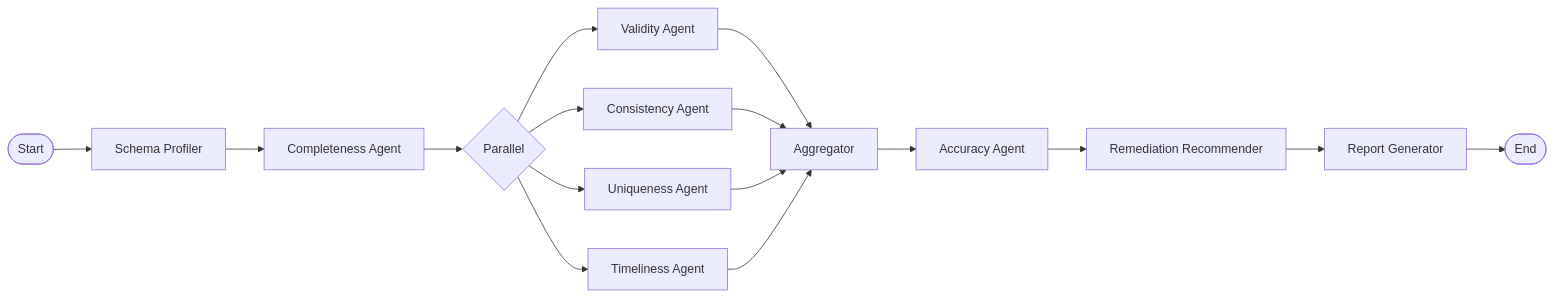
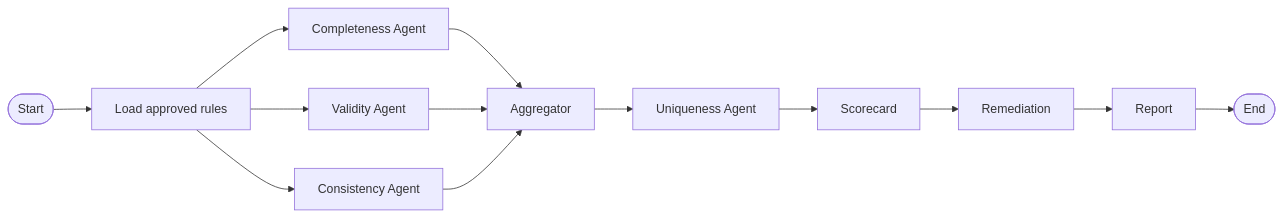
Before and after one commit to Lookieman/agentdq: the fourth of 6 diagrams in docs/agentdq-project-plan.md, drawn with Mermaid. The commit also changed other lines of this file and 22 other files, not shown here.

````diff
--- a/docs/agentdq-project-plan.md
+++ b/docs/agentdq-project-plan.md
@@ -917,18 +1043,15 @@
 ```mermaid
 graph LR
-    START([Start]) --> SP[Schema Profiler]
-    SP --> COMP[Completeness Agent]
-    COMP --> PARALLEL_START{Parallel}
-    PARALLEL_START --> VAL[Validity Agent]
-    PARALLEL_START --> CON[Consistency Agent]
-    PARALLEL_START --> UNQ[Uniqueness Agent]
-    PARALLEL_START --> TIM[Timeliness Agent]
-    VAL --> AGG[Aggregator]
+    START([Start]) --> LOAD[Load approved rules]
+    LOAD --> COMP[Completeness Agent]
+    LOAD --> VAL[Validity Agent]
+    LOAD --> CON[Consistency Agent]
+    COMP --> AGG[Aggregator]
+    VAL --> AGG
     CON --> AGG
-    UNQ --> AGG
-    TIM --> AGG
-    AGG --> ACC[Accuracy Agent]
-    ACC --> REM[Remediation Recommender]
-    REM --> RPT[Report Generator]
+    AGG --> UNQ[Uniqueness Agent]
+    UNQ --> SC[Scorecard]
+    SC --> REM[Remediation]
+    REM --> RPT[Report]
     RPT --> END([End])
 ```
````
